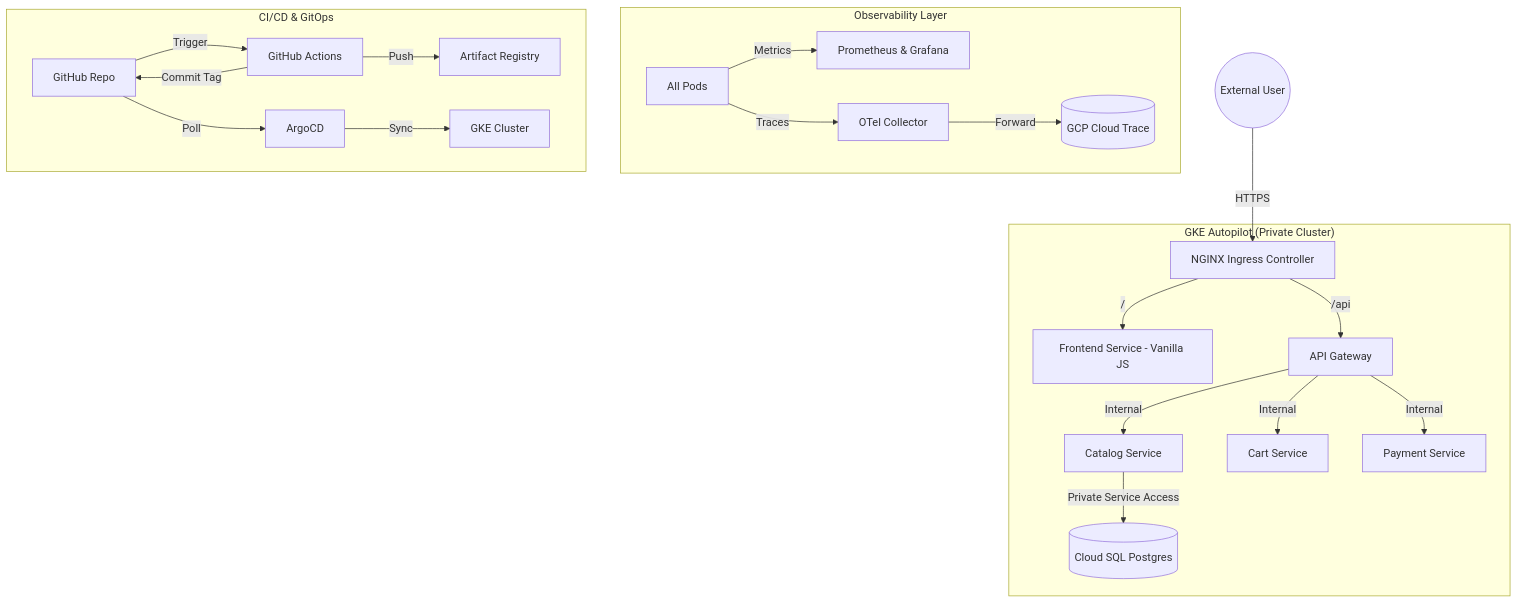
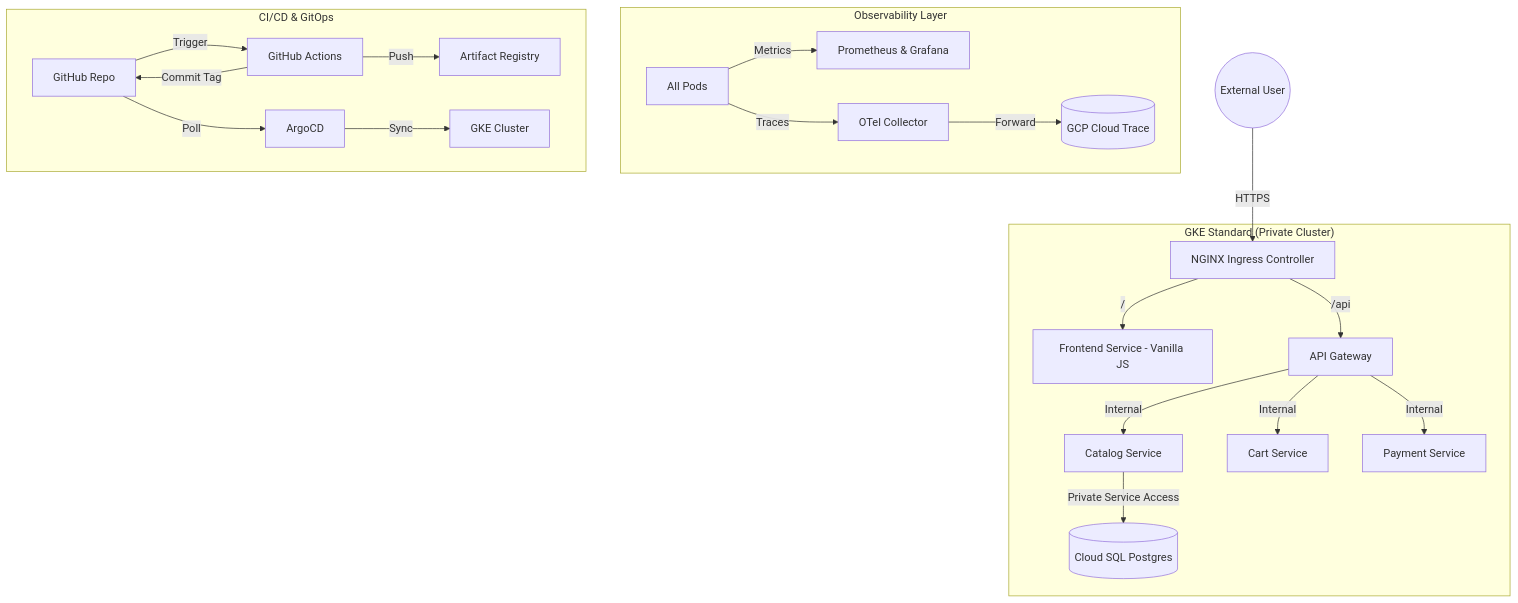
The diagram in README.md (ajithvnr2001/gcp-infra-end-to-end), drawn with Mermaid before and after one commit. The commit also changed other lines of this file, not shown here.

Commit message:
docs: finalize README for GKE Standard migration with node-level observability

````diff
--- a/README.md
+++ b/README.md
@@ -8,29 +8,29 @@
 ```mermaid
 graph TD
     User((External User)) -->|HTTPS| Ingress[NGINX Ingress Controller]
     
-    subgraph "GKE Autopilot (Private Cluster)"
+    subgraph "GKE Standard (Private Cluster)"
         Ingress -->|/| Frontend[Frontend Service - Vanilla JS]
         Ingress -->|/api| Gateway[API Gateway]
         
         Gateway -->|Internal| Catalog[Catalog Service]
         Gateway -->|Internal| Cart[Cart Service]
         Gateway -->|Internal| Payment[Payment Service]
         
         Catalog -->|Private Service Access| DB[(Cloud SQL Postgres)]
     end
 
     subgraph "Observability Layer"
         Pods[All Pods] -->|Metrics| Prometheus[Prometheus & Grafana]
         Pods -->|Traces| OTel[OTel Collector]
         OTel -->|Forward| Trace[(GCP Cloud Trace)]
     end
 
     subgraph "CI/CD & GitOps"
         Git[GitHub Repo] -->|Trigger| Gha[GitHub Actions]
         Gha -->|Push| GCR[Artifact Registry]
         Gha -->|Commit Tag| Git
         Git -->|Poll| Argo[ArgoCD]
         Argo -->|Sync| GKE[GKE Cluster]
     end
 ```
````
